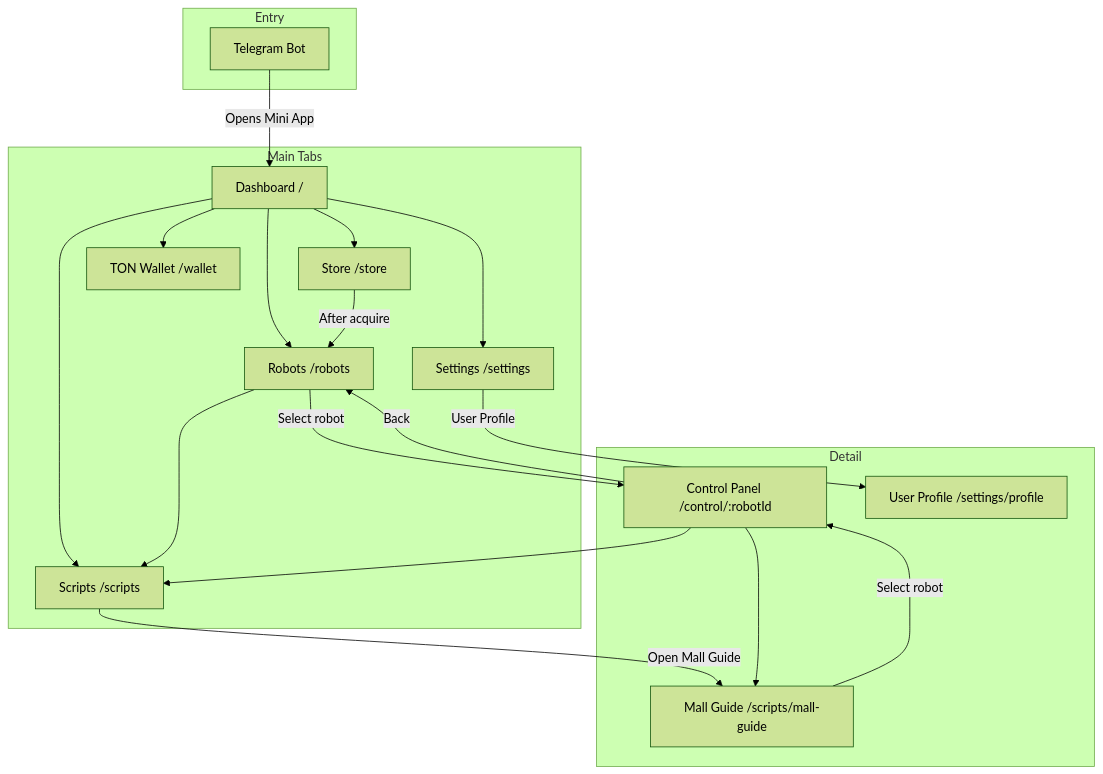
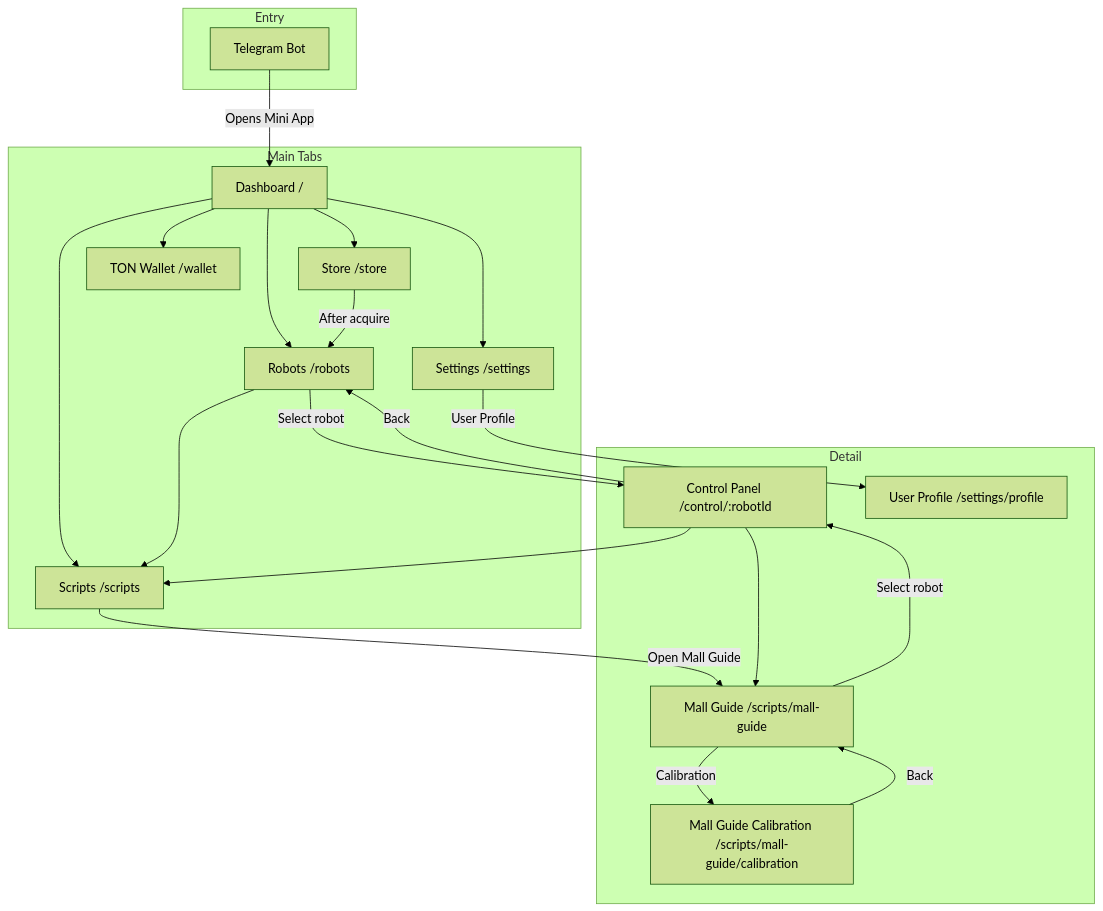
Before and after one commit to Saitosar/sai-aurosy-telegram-mini-app: the first of 2 diagrams in docs/ux/screen-map.md, drawn with Mermaid (forest theme). The commit also changed other lines of this file and 5 other files, not shown here.

Commit message:
Update README and documentation to clarify backend port settings, add Mall Guide Calibration details, and enhance navigation descriptions. Refactor frontend README for improved structure and links to architecture and UX documentation.

````diff
--- a/docs/ux/screen-map.md
+++ b/docs/ux/screen-map.md
@@ -29,37 +30,40 @@
 ```mermaid
 flowchart TB
     subgraph Entry [Entry]
         TelegramBot[Telegram Bot]
     end
 
     subgraph MainTabs [Main Tabs]
         Dashboard[Dashboard /]
         Robots[Robots /robots]
         Store[Store /store]
         Wallet[TON Wallet /wallet]
         Scripts[Scripts /scripts]
         Settings[Settings /settings]
     end
 
     subgraph Detail [Detail]
         ControlPanel[Control Panel /control/:robotId]
         MallGuide[Mall Guide /scripts/mall-guide]
+        MallGuideCal[Mall Guide Calibration /scripts/mall-guide/calibration]
         UserProfile[User Profile /settings/profile]
     end
 
     TelegramBot -->|"Opens Mini App"| Dashboard
     Dashboard --> Robots
     Dashboard --> Store
     Dashboard --> Wallet
     Dashboard --> Scripts
     Dashboard --> Settings
     Settings -->|"User Profile"| UserProfile
     Robots -->|"Select robot"| ControlPanel
     Robots --> Scripts
     Store -->|"After acquire"| Robots
     Scripts -->|"Open Mall Guide"| MallGuide
+    MallGuide -->|"Calibration"| MallGuideCal
+    MallGuideCal -->|"Back"| MallGuide
     MallGuide -->|"Select robot"| ControlPanel
     ControlPanel -->|"Back"| Robots
     ControlPanel --> Scripts
     ControlPanel --> MallGuide
 ```
````
